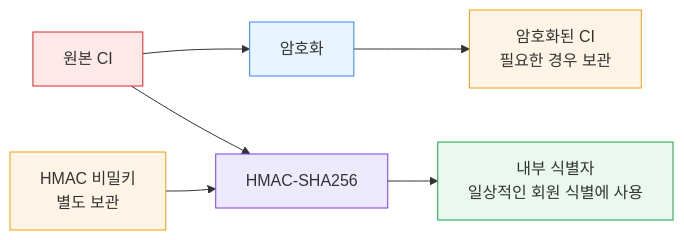
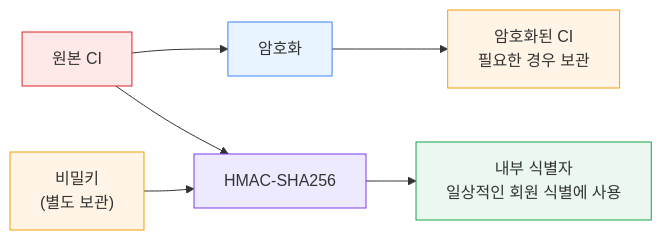
One commit to sanghoon-lee/sanghoon-lee.github.io changed the fourth of 4 diagrams in _posts/2026-07-22-ci-di.md. Above: the diagram before and after it, drawn with Mermaid.

Commit message:
CI,DI 포스팅 추가

````diff
--- a/_posts/2026-07-22-ci-di.md
+++ b/_posts/2026-07-22-ci-di.md
@@ -171,22 +171,22 @@
 ```mermaid
 flowchart LR
     CI["원본 CI"]
-    Key["HMAC 비밀키<br/>별도 보관"]
+    Key["비밀키<br/>(별도 보관)"]
 
     Encrypt["암호화"]
     HMAC["HMAC-SHA256"]
 
     EncryptedCI["암호화된 CI<br/>필요한 경우 보관"]
     InternalID["내부 식별자<br/>일상적인 회원 식별에 사용"]
 
     CI --> Encrypt --> EncryptedCI
     CI --> HMAC --> InternalID
     Key --> HMAC
 
     style CI fill:#ffe8e8,stroke:#dc2626
     style Key fill:#fff4e5,stroke:#f59e0b
     style Encrypt fill:#e8f4ff,stroke:#3b82f6
     style HMAC fill:#ede9fe,stroke:#7c3aed
     style EncryptedCI fill:#fff4e5,stroke:#f59e0b
     style InternalID fill:#eaf8ef,stroke:#16a34a
 ```
````
